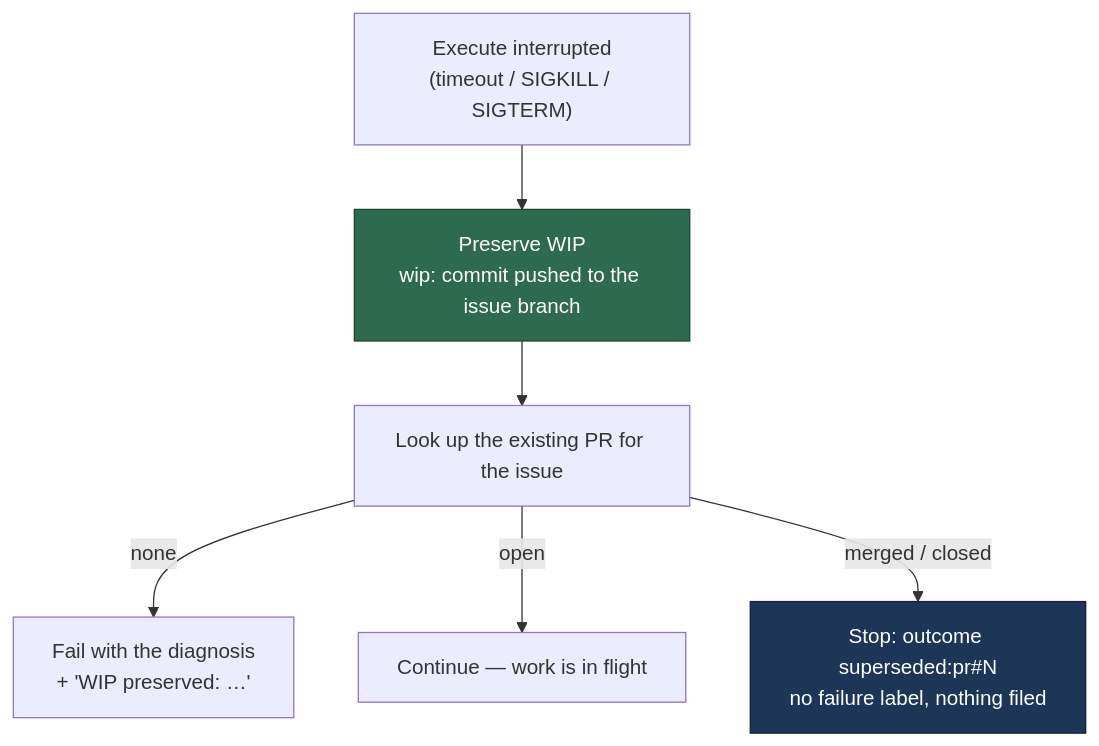
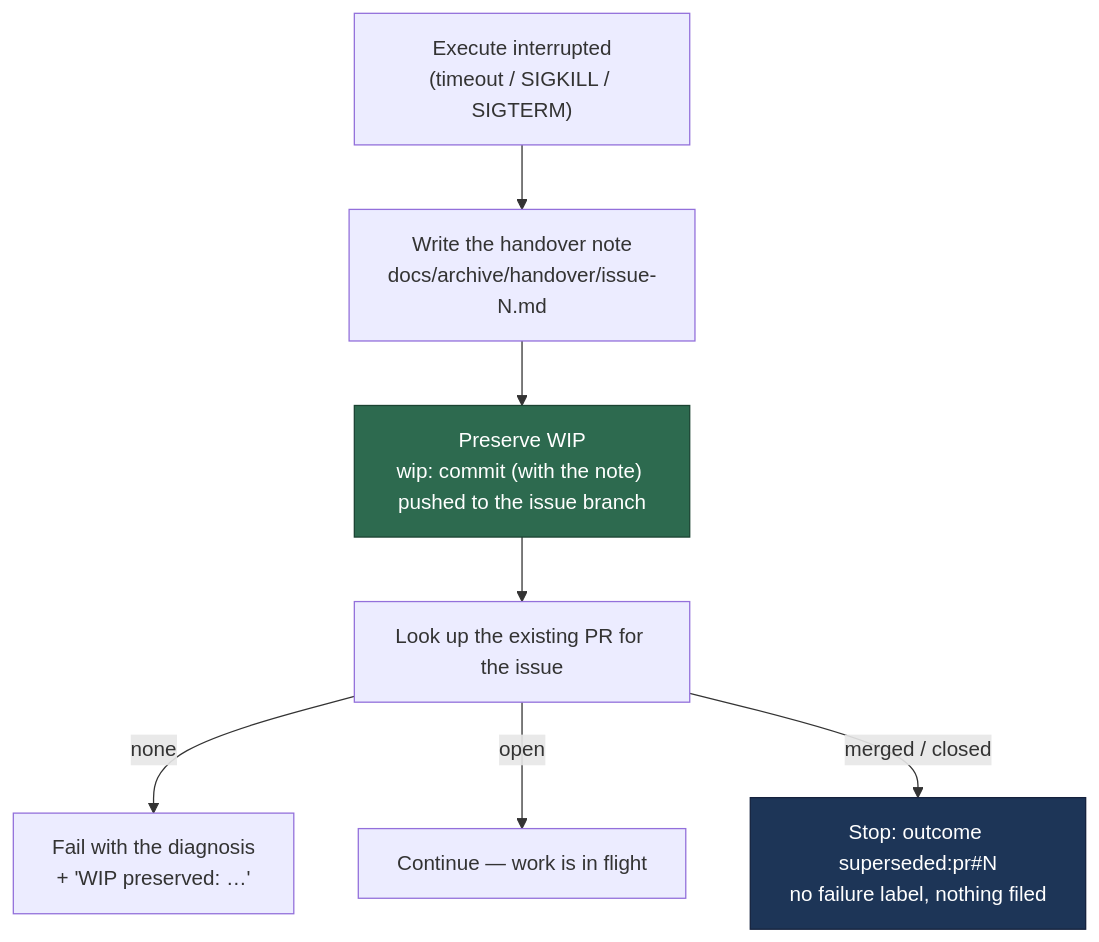
One commit to stSoftwareAU/VibeCoder changed the eighth of 14 diagrams in docs/workflows/issue-processing.md. Above: the diagram before and after it, drawn with Mermaid. The commit also changed other lines of this file and 8 other files, not shown here.

First line of the commit message:
Commit a portable handover note on the preserved issue branch (Issue #769) (#822)

````diff
--- a/docs/workflows/issue-processing.md
+++ b/docs/workflows/issue-processing.md
@@ -504,10 +505,11 @@
 ```mermaid
 flowchart TD
-    T["Execute interrupted<br/>(timeout / SIGKILL / SIGTERM)"] --> P["Preserve WIP<br/>wip: commit pushed to the issue branch"]
+    T["Execute interrupted<br/>(timeout / SIGKILL / SIGTERM)"] --> H["Write the handover note<br/>docs/archive/handover/issue-N.md"]
+    H --> P["Preserve WIP<br/>wip: commit (with the note) pushed to the issue branch"]
     P --> L["Look up the existing PR for the issue"]
     L -->|none| F["Fail with the diagnosis<br/>+ 'WIP preserved: …'"]
     L -->|open| C["Continue — work is in flight"]
     L -->|merged / closed| S["Stop: outcome superseded:pr#N<br/>no failure label, nothing filed"]
     style P fill:#2d6a4f,stroke:#1b4332,color:#fff
     style S fill:#1d3557,stroke:#14213d,color:#fff
 ```
````
